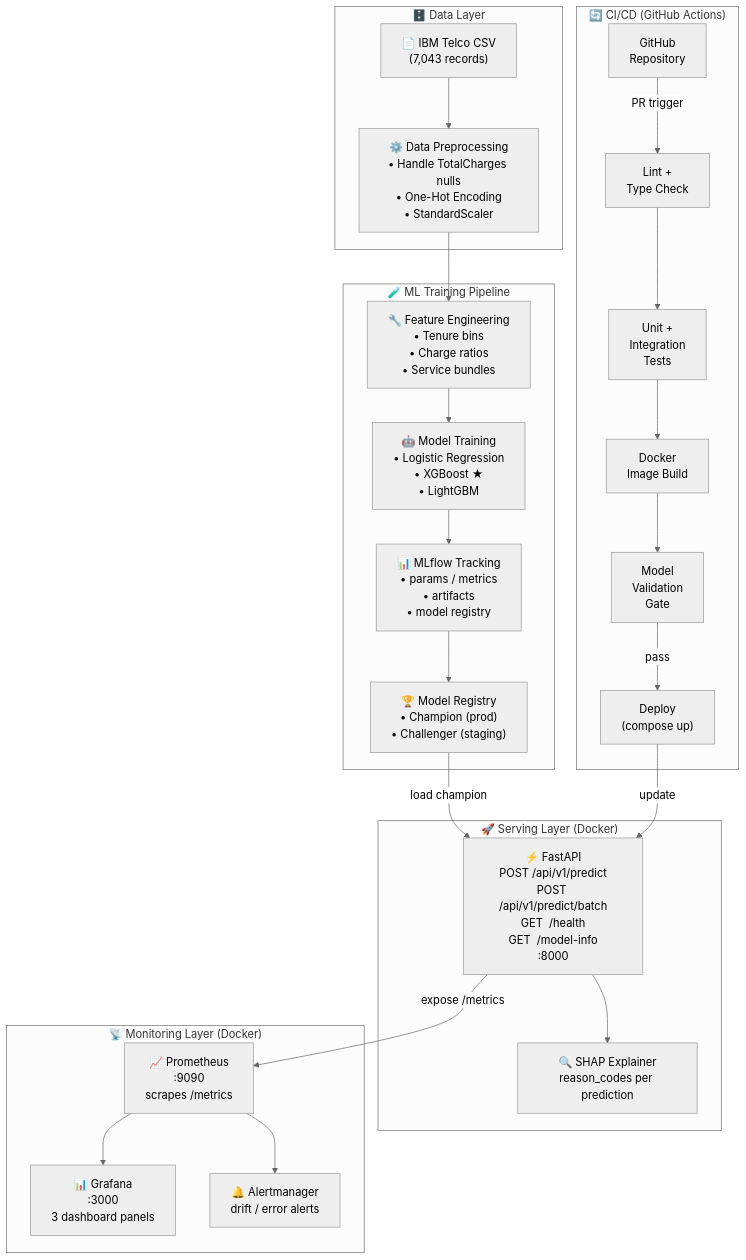
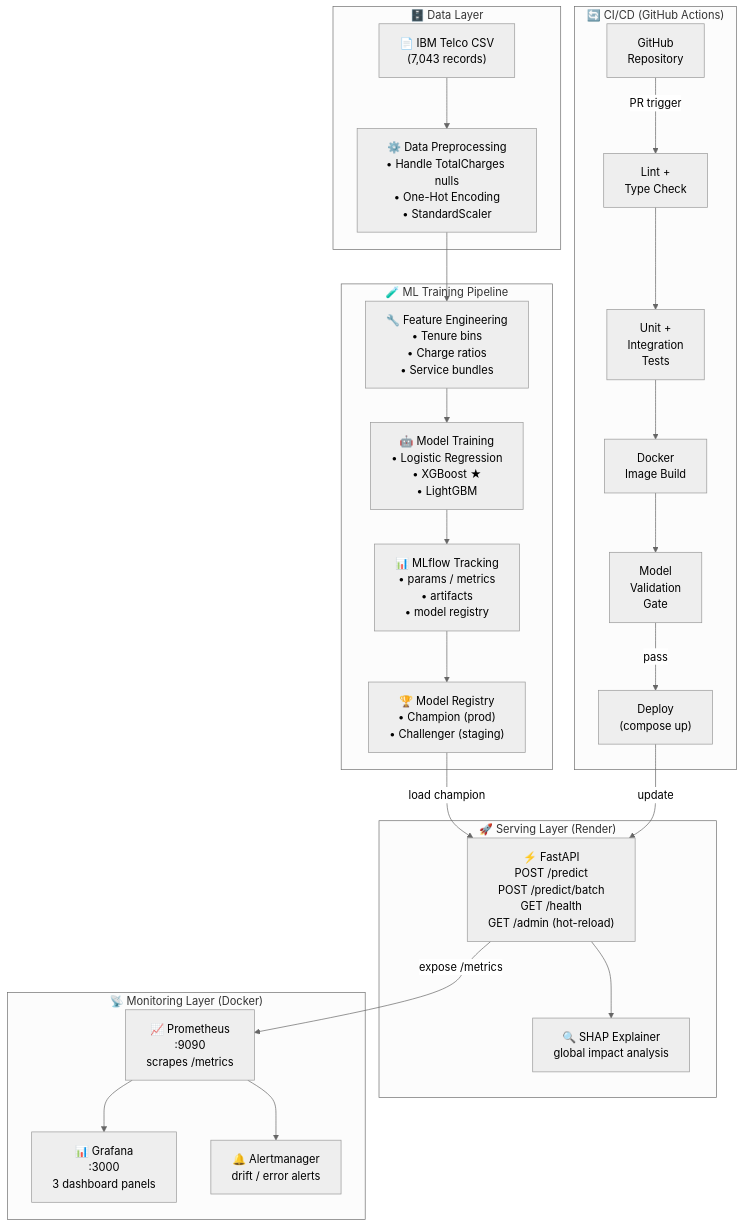
The first of 2 diagrams in ARCHITECTURE.md (bachnhan/msa24-ddm501-group6-final-project), drawn with Mermaid (neutral theme) before and after one commit. The commit also changed other lines of this file and 1 other file, not shown here.

Commit message:
docs: finalize architecture and sync multi-environment training fixes

````diff
--- a/ARCHITECTURE.md
+++ b/ARCHITECTURE.md
@@ -52,51 +54,51 @@
 ```mermaid
 graph TB
     subgraph DATA["🗄️ Data Layer"]
         CSV["📄 IBM Telco CSV\n(7,043 records)"]
         PREP["⚙️ Data Preprocessing\n• Handle TotalCharges nulls\n• One-Hot Encoding\n• StandardScaler"]
         CSV --> PREP
     end
 
     subgraph TRAINING["🧪 ML Training Pipeline"]
         FE["🔧 Feature Engineering\n• Tenure bins\n• Charge ratios\n• Service bundles"]
         TRAIN["🤖 Model Training\n• Logistic Regression\n• XGBoost ★\n• LightGBM"]
         MLFLOW["📊 MLflow Tracking\n• params / metrics\n• artifacts\n• model registry"]
         REGISTRY["🏆 Model Registry\n• Champion (prod)\n• Challenger (staging)"]
         FE --> TRAIN
         TRAIN --> MLFLOW
         MLFLOW --> REGISTRY
     end
 
-    subgraph SERVING["🚀 Serving Layer (Docker)"]
-        API["⚡ FastAPI\nPOST /api/v1/predict\nPOST /api/v1/predict/batch\nGET  /health\nGET  /model-info\n:8000"]
-        SHAP["🔍 SHAP Explainer\nreason_codes per prediction"]
+    subgraph SERVING["🚀 Serving Layer (Render)"]
+        API["⚡ FastAPI\nPOST /predict\nPOST /predict/batch\nGET  /health\nGET  /admin (hot-reload)"]
+        SHAP["🔍 SHAP Explainer\nglobal impact analysis"]
         API --> SHAP
     end
 
     subgraph MONITORING["📡 Monitoring Layer (Docker)"]
         PROM["📈 Prometheus\n:9090\nscrapes /metrics"]
         GRAF["📊 Grafana\n:3000\n3 dashboard panels"]
         ALERT["🔔 Alertmanager\ndrift / error alerts"]
         PROM --> GRAF
         PROM --> ALERT
     end
 
     subgraph CICD["🔄 CI/CD (GitHub Actions)"]
         GH["GitHub\nRepository"]
         LINT["Lint +\nType Check"]
         TEST["Unit +\nIntegration\nTests"]
         BUILD["Docker\nImage Build"]
         VALIDATE["Model\nValidation\nGate"]
         DEPLOY["Deploy\n(compose up)"]
         GH -->|PR trigger| LINT
         LINT --> TEST
         TEST --> BUILD
         BUILD --> VALIDATE
         VALIDATE -->|pass| DEPLOY
     end
 
     PREP --> FE
     REGISTRY -->|load champion| API
     API -->|expose /metrics| PROM
     DEPLOY -->|update| API
 ```
````
